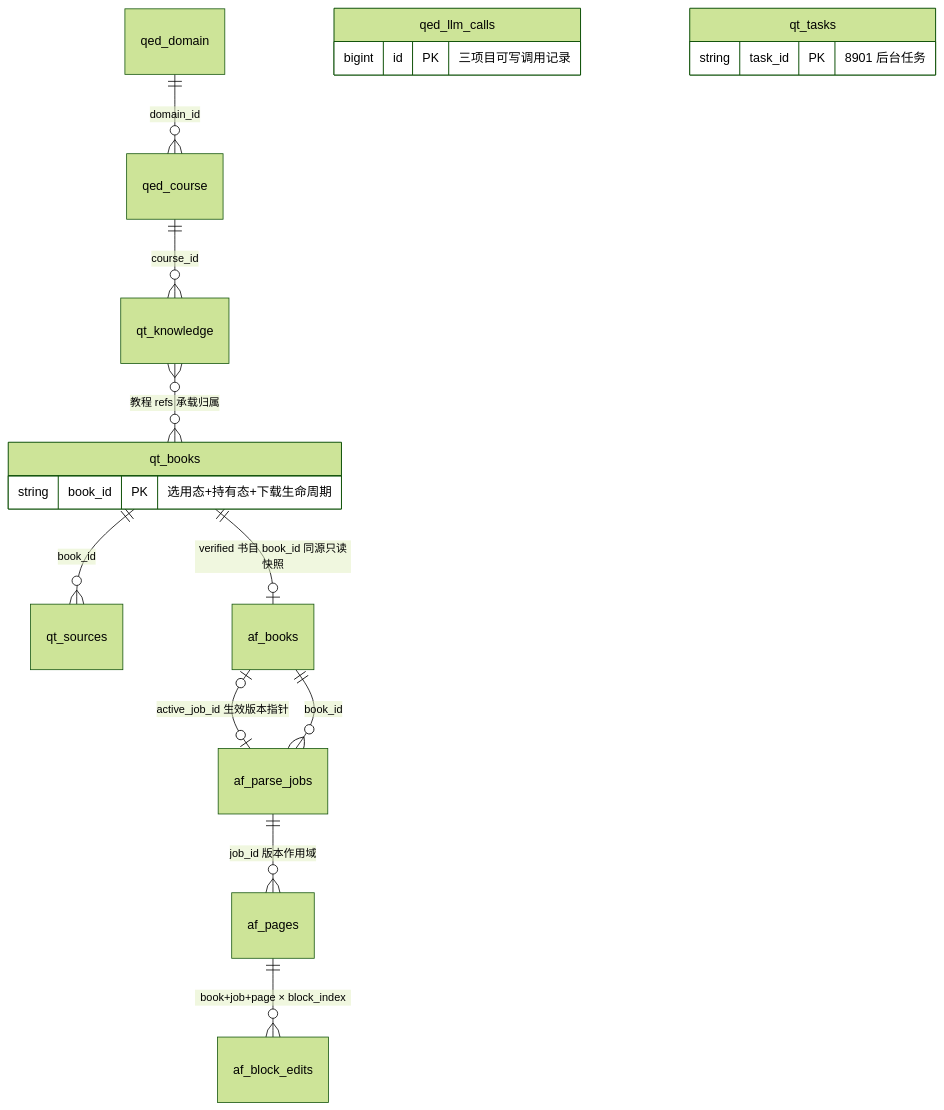
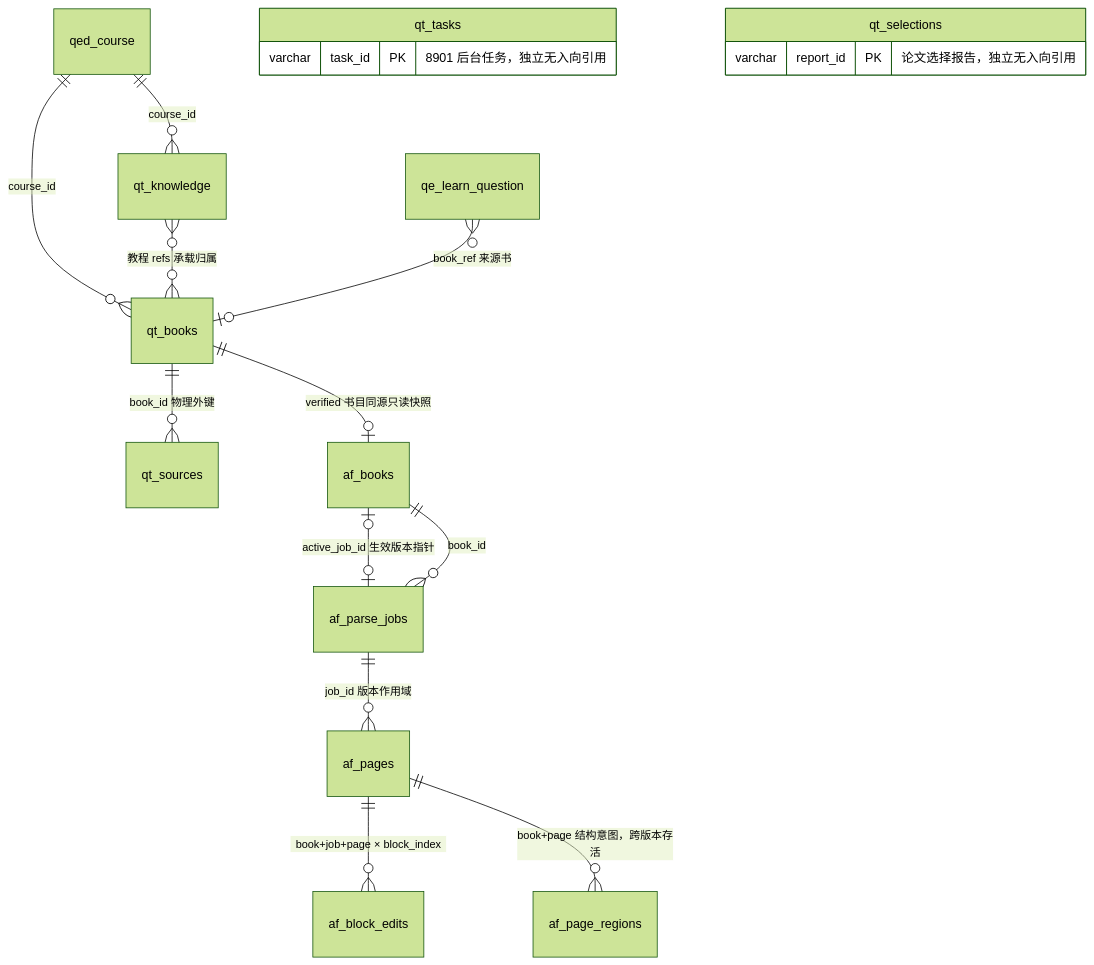
The third of 3 diagrams in docs/architecture/database-design.md (swfswf1234/QED-Engine), drawn with Mermaid (forest theme) before and after one commit. The commit also changed other lines of this file and 13 other files, not shown here.

````diff
--- a/docs/architecture/database-design.md
+++ b/docs/architecture/database-design.md
@@ -86,21 +183,20 @@
 ```mermaid
 erDiagram
-    qed_domain ||--o{ qed_course : "domain_id"
     qed_course ||--o{ qt_knowledge : "course_id"
+    qed_course ||--o{ qt_books : "course_id"
     qt_knowledge }o--o{ qt_books : "教程 refs 承载归属"
-    qt_books ||--o{ qt_sources : "book_id"
-    qt_books {
-        string book_id PK "选用态+持有态+下载生命周期"
-    }
+    qt_books ||--o{ qt_sources : "book_id 物理外键"
+    qt_books ||--o| af_books : "verified 书目同源只读快照"
+    qe_learn_question }o--o| qt_books : "book_ref 来源书"
     af_books |o--o| af_parse_jobs : "active_job_id 生效版本指针"
     af_books ||--o{ af_parse_jobs : "book_id"
     af_parse_jobs ||--o{ af_pages : "job_id 版本作用域"
     af_pages ||--o{ af_block_edits : "book+job+page × block_index"
-    qt_books ||--o| af_books : "verified 书目 book_id 同源只读快照"
-    qed_llm_calls {
-        bigint id PK "三项目可写调用记录"
+    af_pages ||--o{ af_page_regions : "book+page 结构意图，跨版本存活"
+    qt_tasks {
+        varchar task_id PK "8901 后台任务，独立无入向引用"
     }
-    qt_tasks {
-        string task_id PK "8901 后台任务"
+    qt_selections {
+        varchar report_id PK "论文选择报告，独立无入向引用"
     }
 ```
````
